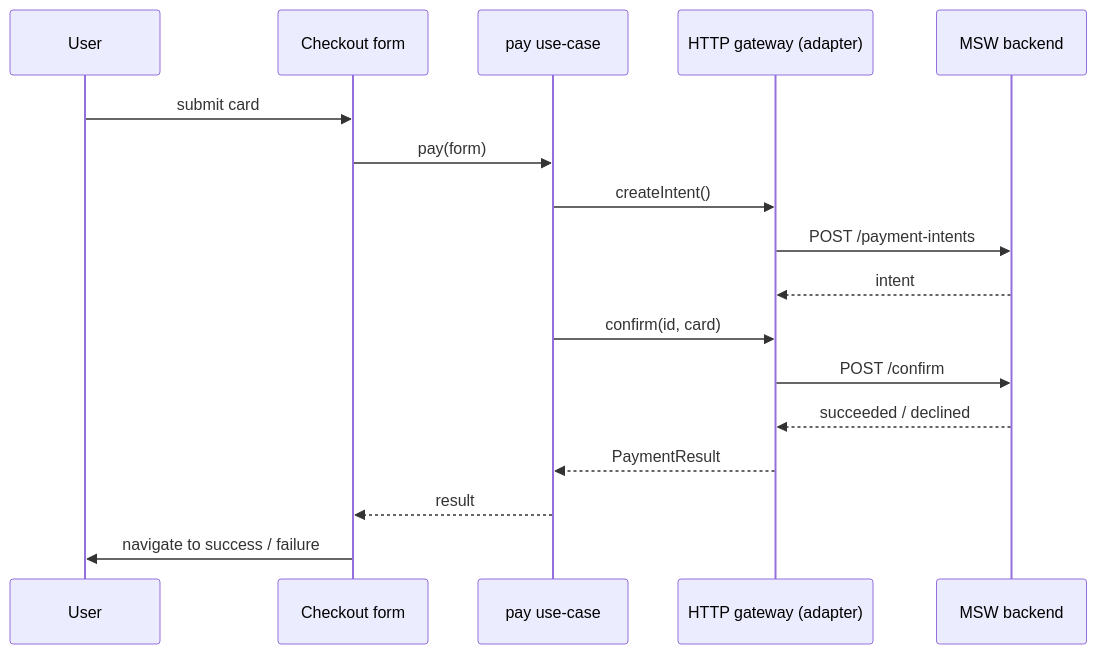
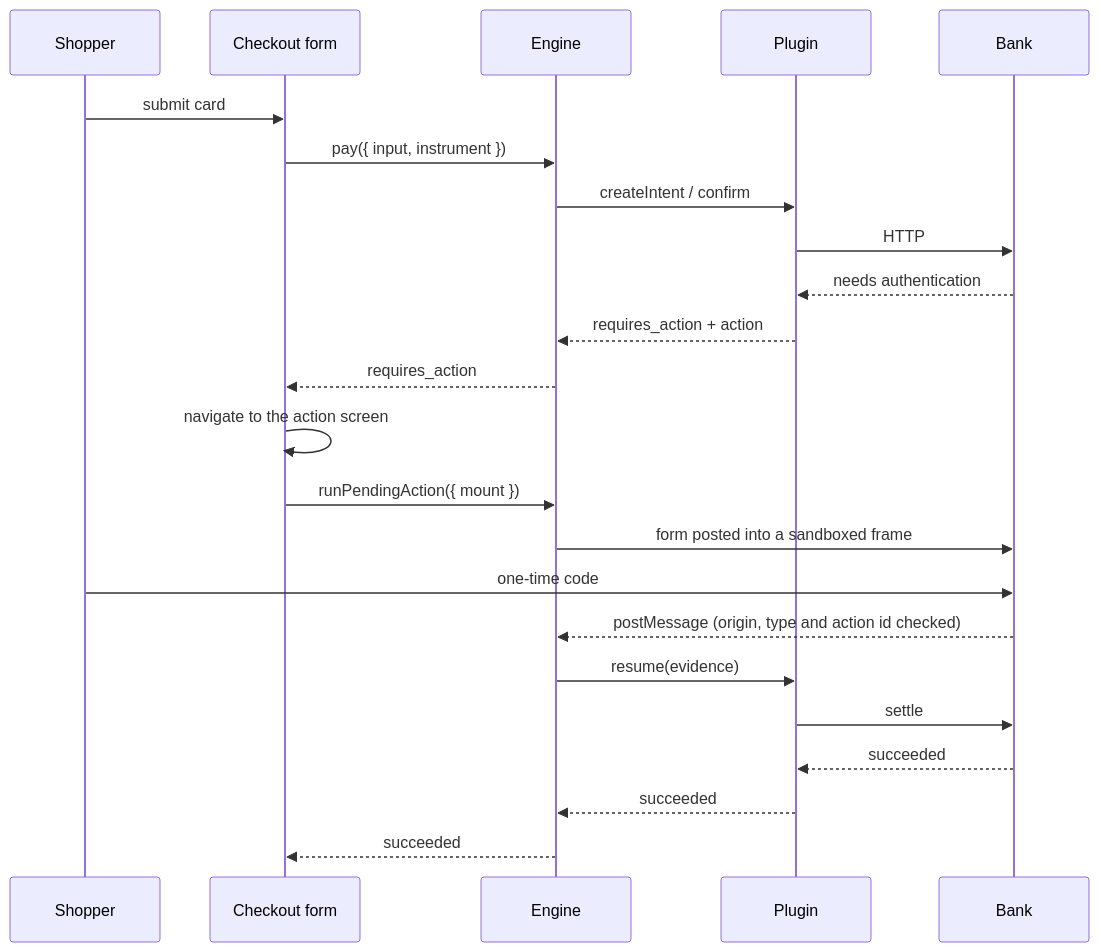
Before and after one commit to themafia98/payment-gateway: the second of 3 diagrams in docs/architecture.md, drawn with Mermaid. The commit also changed other lines of this file and 4 other files, not shown here.

````diff
--- a/docs/architecture.md
+++ b/docs/architecture.md
@@ -122,19 +114,26 @@
 ```mermaid
 sequenceDiagram
-    participant U as User
+    participant S as Shopper
     participant F as Checkout form
-    participant UC as pay use-case
-    participant G as HTTP gateway (adapter)
-    participant B as MSW backend
-    U->>F: submit card
-    F->>UC: pay(form)
-    UC->>G: createIntent()
-    G->>B: POST /payment-intents
-    B-->>G: intent
-    UC->>G: confirm(id, card)
-    G->>B: POST /confirm
-    B-->>G: succeeded / declined
-    G-->>UC: PaymentResult
-    UC-->>F: result
-    F->>U: navigate to success / failure
+    participant E as Engine
+    participant P as Plugin
+    participant B as Bank
+
+    S->>F: submit card
+    F->>E: pay({ input, instrument })
+    E->>P: createIntent / confirm
+    P->>B: HTTP
+    B-->>P: needs authentication
+    P-->>E: requires_action + action
+    E-->>F: requires_action
+    F->>F: navigate to the action screen
+    F->>E: runPendingAction({ mount })
+    E->>B: form posted into a sandboxed frame
+    S->>B: one-time code
+    B-->>E: postMessage (origin, type and action id checked)
+    E->>P: resume(evidence)
+    P->>B: settle
+    B-->>P: succeeded
+    P-->>E: succeeded
+    E-->>F: succeeded
 ```
````
